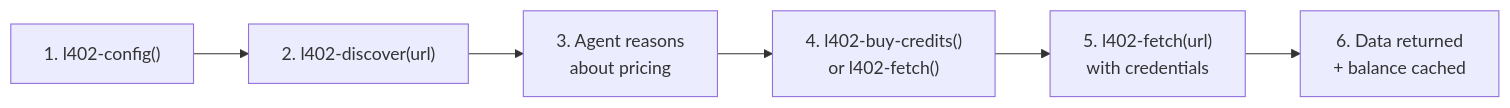
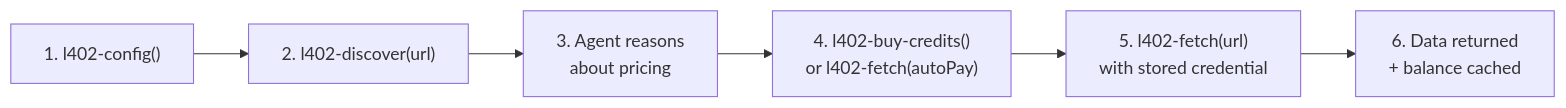
One commit to forgesworn/402-mcp changed the diagram in README.md. Above: the diagram before and after it, drawn with Mermaid. The commit also changed other lines of this file and 7 other files, not shown here.

````diff
--- a/README.md
+++ b/README.md
@@ -43,8 +69,9 @@
 ```mermaid
 graph LR
     A["1. l402-config()"] --> B["2. l402-discover(url)"]
     B --> C["3. Agent reasons<br/>about pricing"]
-    C --> D["4. l402-buy-credits()<br/>or l402-fetch()"]
-    D --> E["5. l402-fetch(url)<br/>with credentials"]
+    C --> D["4. l402-buy-credits()<br/>or l402-fetch(autoPay)"]
+    E["5. l402-fetch(url)<br/>with stored credential"]
+    D --> E
     E --> F["6. Data returned<br/>+ balance cached"]
 ```
````
